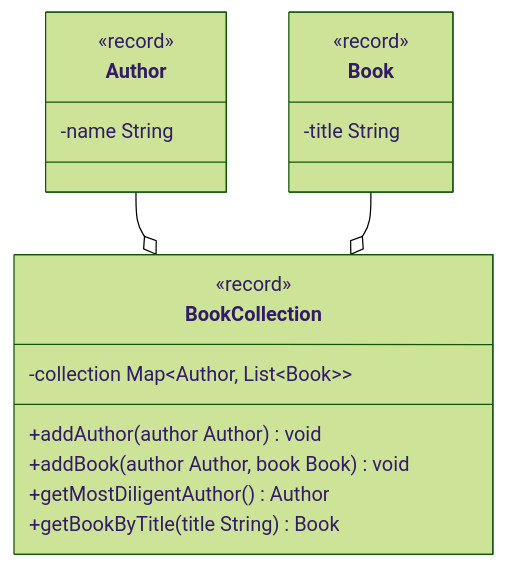
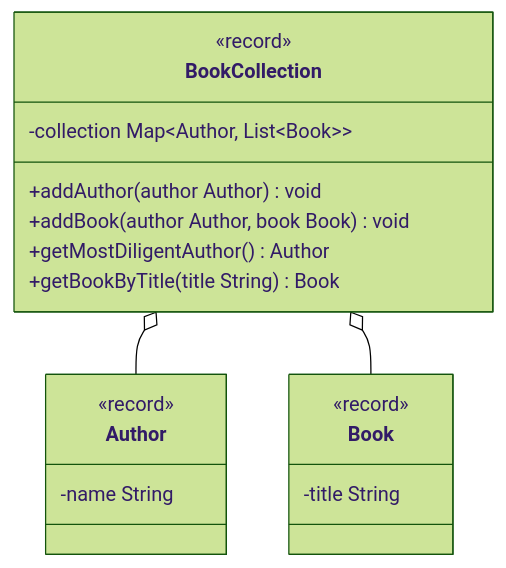
One commit to jappuccini/java-docs changed the diagram in docs/exercises/maps/maps02.md. Above: the diagram before and after it, drawn with Mermaid (forest theme).

````diff
--- a/docs/exercises/maps/maps02.md
+++ b/docs/exercises/maps/maps02.md
@@ -12,24 +12,24 @@
 ```mermaid
 classDiagram
-    Author --o BookCollection
-    Book --o BookCollection
+    BookCollection o-- Author
+    BookCollection o-- Book
 
     class Author {
         <<record>>
         -name String
     }
 
     class Book {
         <<record>>
         -title String
     }
 
     class BookCollection {
         <<record>>
         -collection Map~Author&#44&#160List~Book~~
         +addAuthor(author Author) void
         +addBook(author Author, book Book) void
         +getMostDiligentAuthor() Author
         +getBookByTitle(title String) Book
     }
 ```
````
